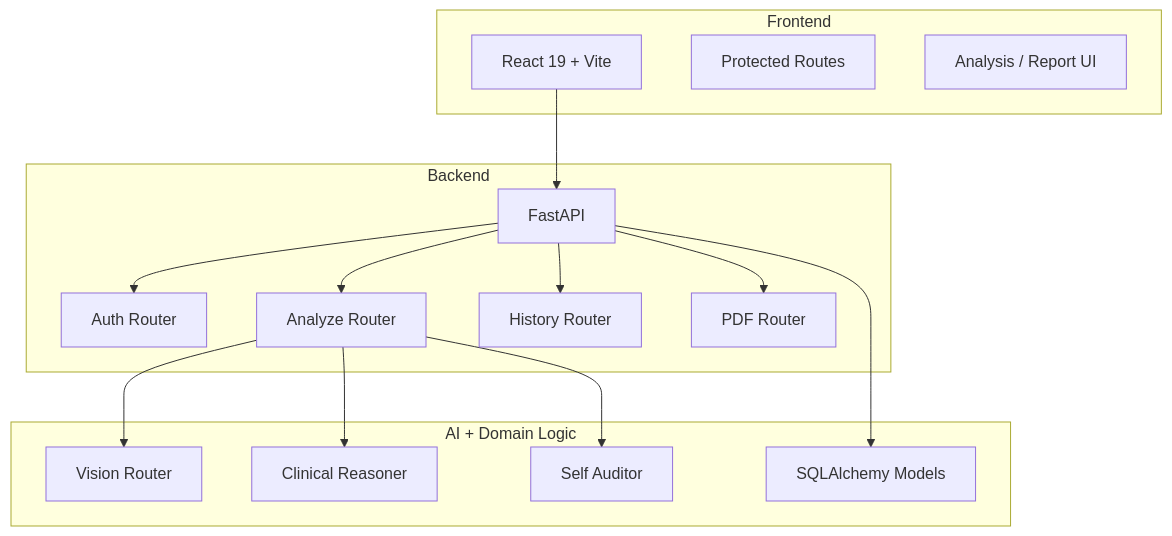
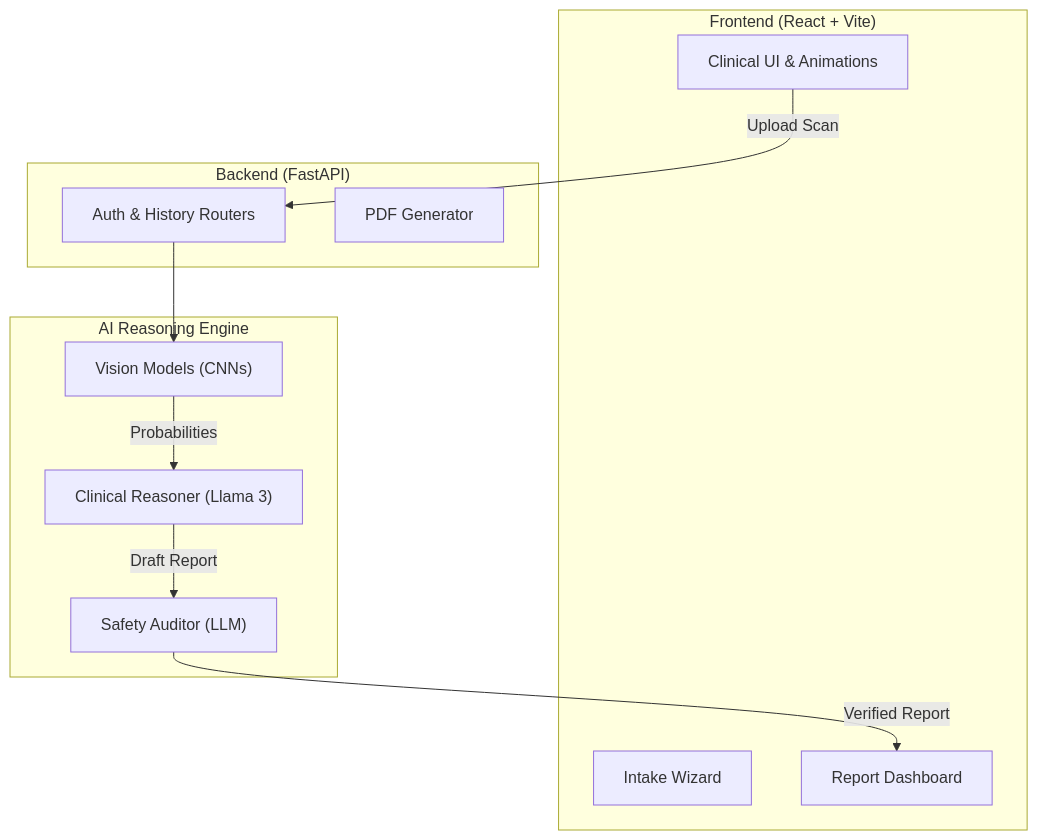
One commit to vishva2410/ONCO-DETECT- changed the diagram in README.md. Above: the diagram before and after it, drawn with Mermaid. The commit also changed other lines of this file and 20 other files, not shown here.

````diff
--- a/README.md
+++ b/README.md
@@ -70,33 +46,25 @@
 ```mermaid
 flowchart TB
-    subgraph FE["Frontend"]
-        A["React 19 + Vite"]
-        B["Protected Routes"]
-        C["Analysis / Report UI"]
+    subgraph Frontend ["Frontend (React + Vite)"]
+        UI["Clinical UI & Animations"]
+        Wizard["Intake Wizard"]
+        ReportViewer["Report Dashboard"]
     end
 
-    subgraph API["Backend"]
-        D["FastAPI"]
-        E["Auth Router"]
-        F["Analyze Router"]
-        G["History Router"]
-        H["PDF Router"]
+    subgraph Backend ["Backend (FastAPI)"]
+        Sub1["Auth & History Routers"]
+        Sub2["PDF Generator"]
     end
 
-    subgraph CORE["AI + Domain Logic"]
-        I["Vision Router"]
-        J["Clinical Reasoner"]
-        K["Self Auditor"]
-        L["SQLAlchemy Models"]
+    subgraph AI_Core ["AI Reasoning Engine"]
+        Vision["Vision Models (CNNs)"]
+        Reasoner["Clinical Reasoner (Llama 3)"]
+        Auditor["Safety Auditor (LLM)"]
     end
 
-    A --> D
-    D --> E
-    D --> F
-    D --> G
-    D --> H
-    F --> I
-    F --> J
-    F --> K
-    D --> L
+    UI -->|Upload Scan| Sub1
+    Sub1 --> Vision
+    Vision -->|Probabilities| Reasoner
+    Reasoner -->|Draft Report| Auditor
+    Auditor -->|Verified Report| ReportViewer
 ```
````
